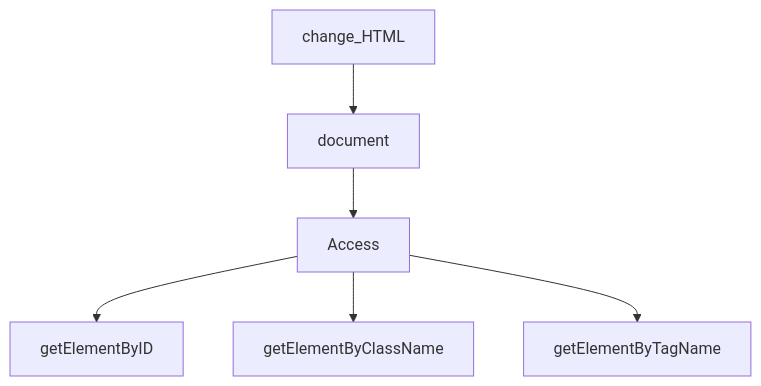
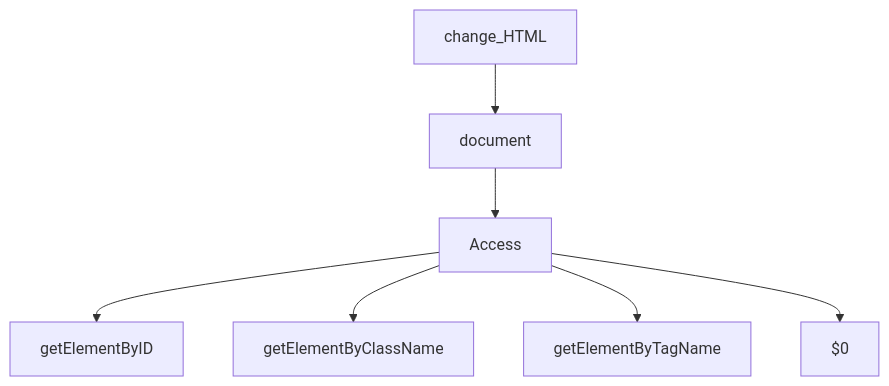
The second of 2 diagrams in DOM.md (siddharthkumarrai/Javascript_guide), drawn with Mermaid before and after one commit.

````diff
--- a/DOM.md
+++ b/DOM.md
@@ -27,10 +27,11 @@
 ```mermaid
 graph TB;
 
     change_HTML --> document;
     document --> Access;
     Access --> getElementByID;
     Access --> getElementByClassName;
     Access --> getElementByTagName;
+    Access --> $0;
 
 ```
````
